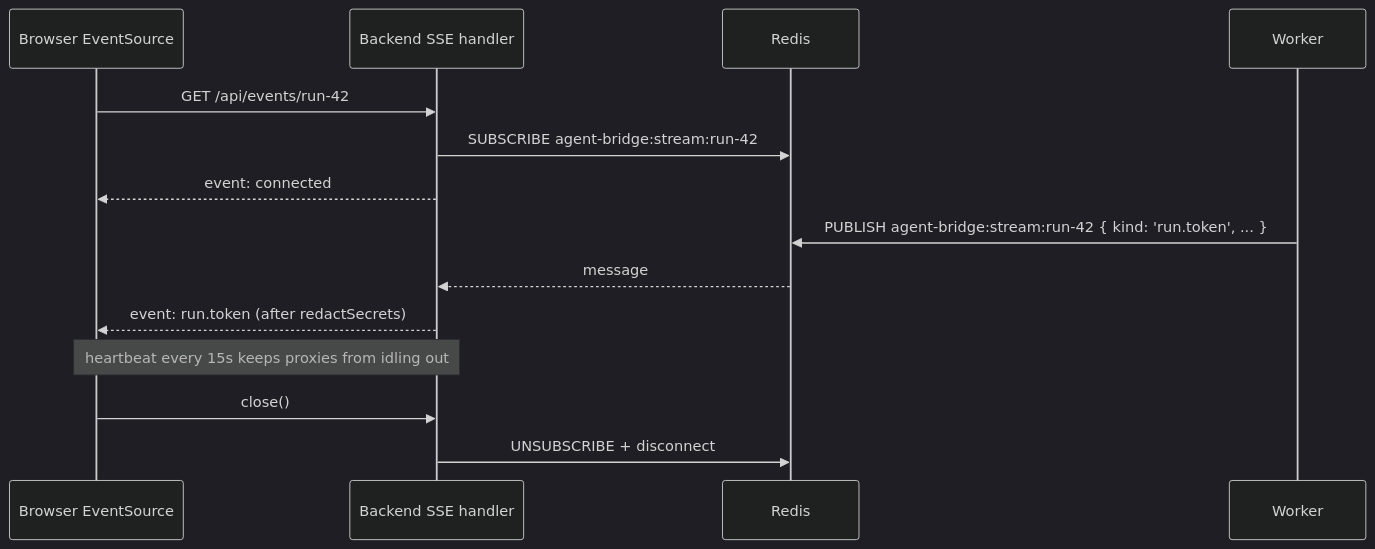
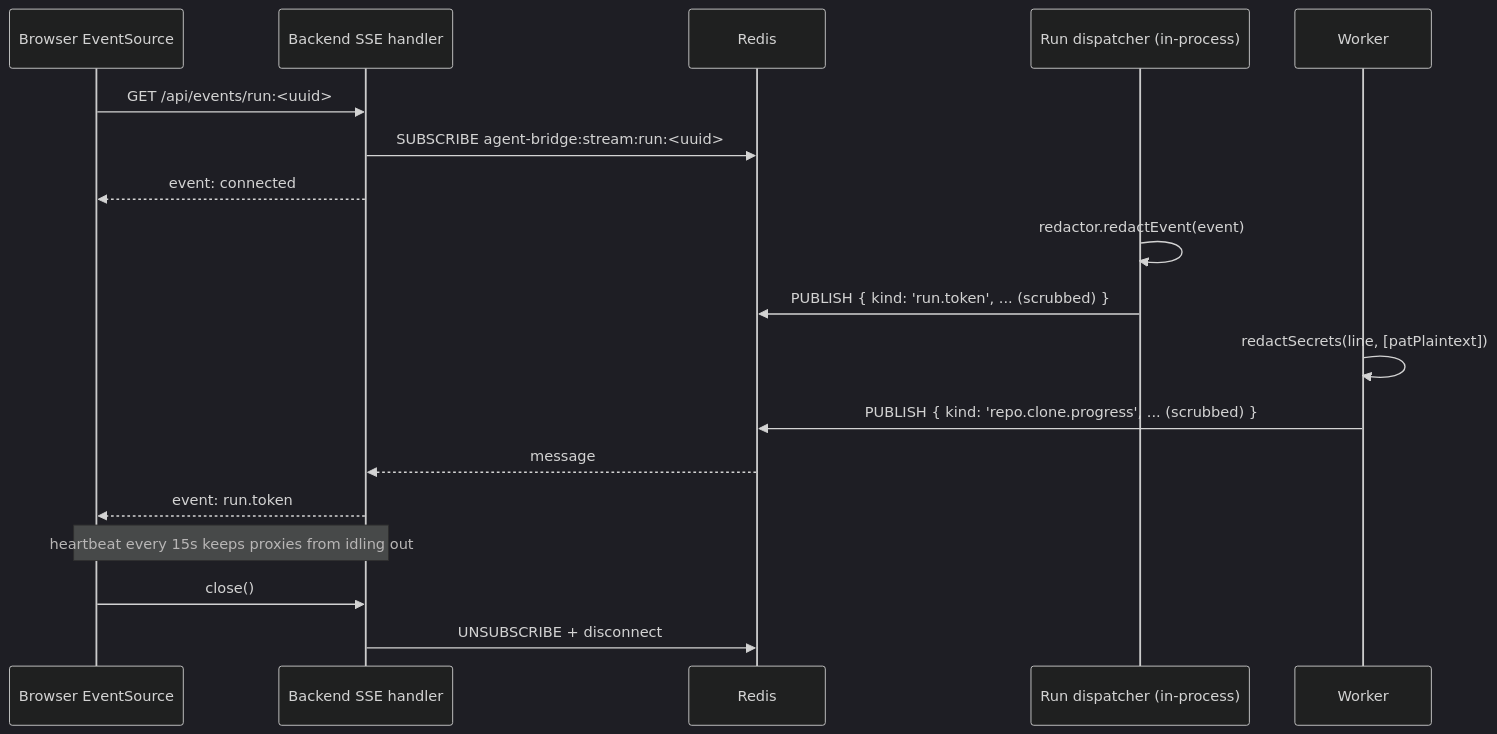
One commit to akarsh-k/agent-bridge changed the second of 2 diagrams in docs/ARCHITECTURE.md. Above: the diagram before and after it, drawn with Mermaid (dark theme). The commit also changed other lines of this file and 47 other files, not shown here.

````diff
--- a/docs/ARCHITECTURE.md
+++ b/docs/ARCHITECTURE.md
@@ -202,17 +220,21 @@
 ```mermaid
 sequenceDiagram
   participant UI as Browser EventSource
   participant BE as Backend SSE handler
   participant R as Redis
+  participant D as Run dispatcher (in-process)
   participant WK as Worker
 
-  UI->>BE: GET /api/events/run-42
-  BE->>R: SUBSCRIBE agent-bridge:stream:run-42
+  UI->>BE: GET /api/events/run:<uuid>
+  BE->>R: SUBSCRIBE agent-bridge:stream:run:<uuid>
   BE-->>UI: event: connected
-  WK->>R: PUBLISH agent-bridge:stream:run-42 { kind: 'run.token', ... }
+  D->>D: redactor.redactEvent(event)
+  D->>R: PUBLISH { kind: 'run.token', ... (scrubbed) }
+  WK->>WK: redactSecrets(line, [patPlaintext])
+  WK->>R: PUBLISH { kind: 'repo.clone.progress', ... (scrubbed) }
   R-->>BE: message
-  BE-->>UI: event: run.token (after redactSecrets)
+  BE-->>UI: event: run.token
   Note over BE,UI: heartbeat every 15s keeps proxies from idling out
   UI->>BE: close()
   BE->>R: UNSUBSCRIBE + disconnect
 ```
````
